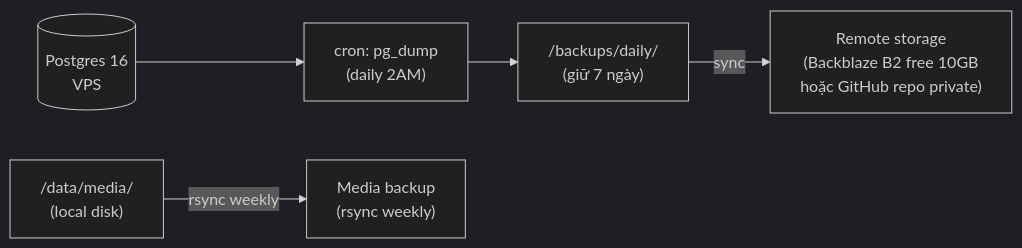
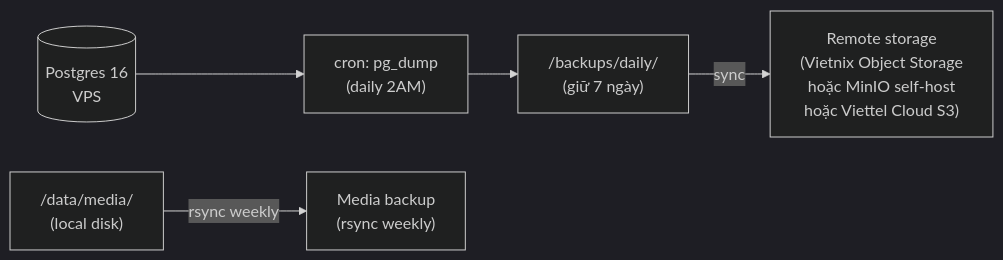
The diagram in design/02-platform-baseline/vps-runtime/BACKUP_RECOVERY_VPS.md (QuyenVjp/PMTL_VN), drawn with Mermaid (dark theme) before and after one commit. The commit also changed other lines of this file and 25 other files, not shown here.

````diff
--- a/design/02-platform-baseline/vps-runtime/BACKUP_RECOVERY_VPS.md
+++ b/design/02-platform-baseline/vps-runtime/BACKUP_RECOVERY_VPS.md
@@ -11,14 +11,14 @@
 ```mermaid
 graph LR
   PG[("Postgres 16\nVPS")]
   Cron["cron: pg_dump\n(daily 2AM)"]
   Local["/backups/daily/\n(giữ 7 ngày)"]
-  Remote["Remote storage\n(Backblaze B2 free 10GB\nhoặc GitHub repo private)"]
+  Remote["Remote storage\n(Vietnix Object Storage\nhoặc MinIO self-host\nhoặc Viettel Cloud S3)"]
   Media["/data/media/\n(local disk)"]
   MediaRemote["Media backup\n(rsync weekly)"]
 
   PG --> Cron
   Cron --> Local
   Local -->|"sync"| Remote
   Media -->|"rsync weekly"| MediaRemote
 ```
````
